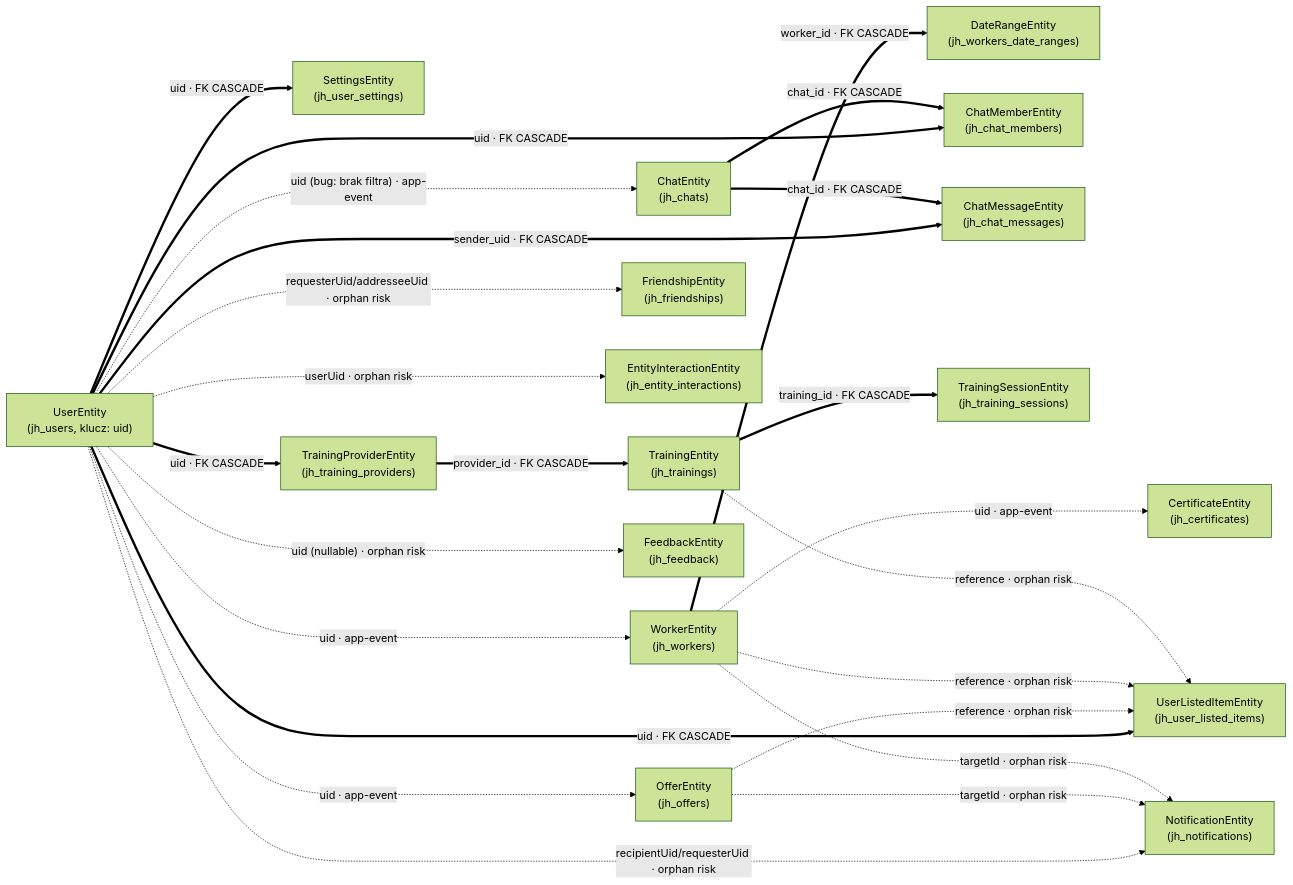
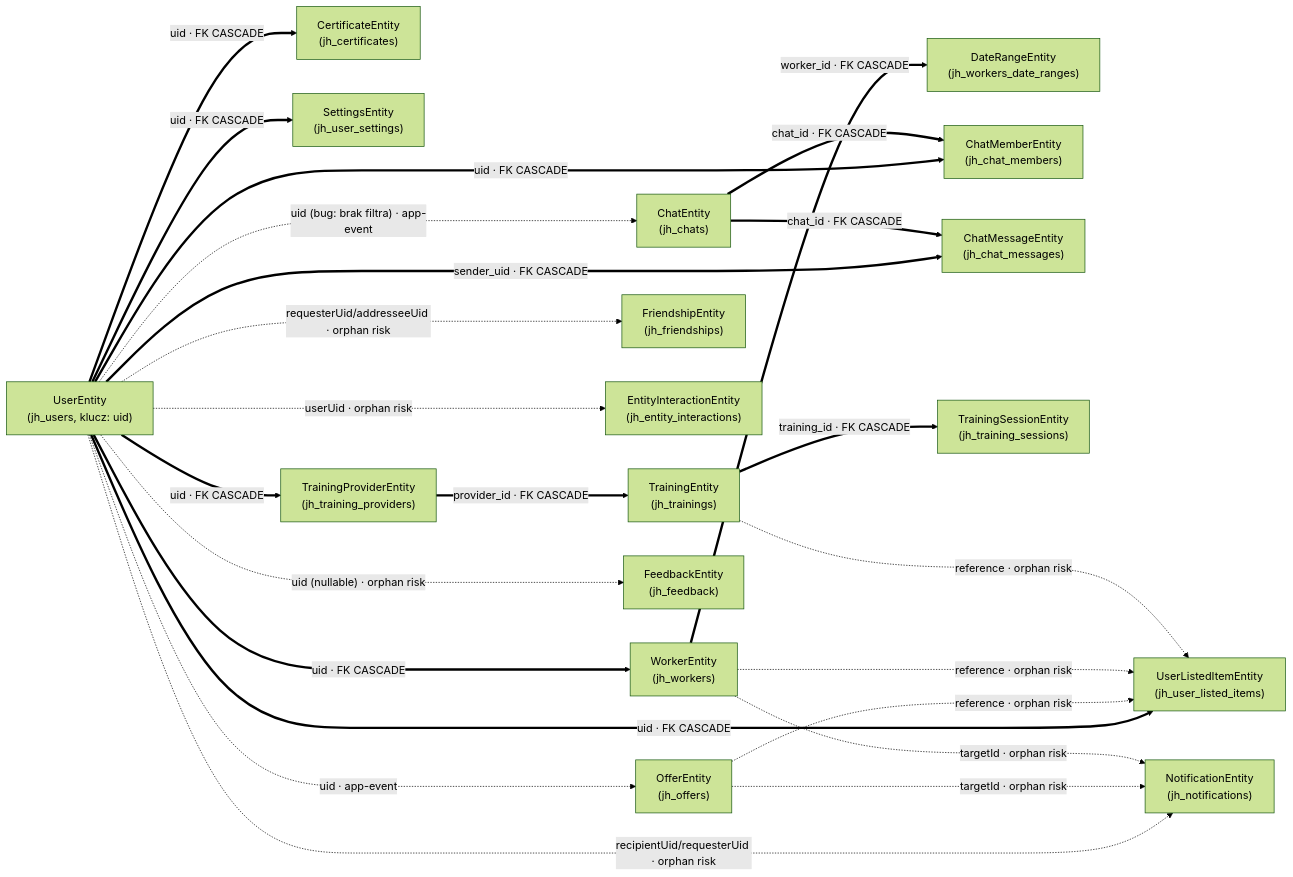
The diagram in docs/entity-relations.md (pawelmat142/frat), drawn with Mermaid (forest theme) before and after one commit. The commit also changed other lines of this file and 3 other files, not shown here.

Commit message:
cascades-fix - worker entity, user and certificates relations

````diff
--- a/docs/entity-relations.md
+++ b/docs/entity-relations.md
@@ -18,48 +18,48 @@
 ```mermaid
 graph LR
     User["UserEntity<br/>(jh_users, klucz: uid)"]
     Worker["WorkerEntity<br/>(jh_workers)"]
     DateRange["DateRangeEntity<br/>(jh_workers_date_ranges)"]
     Certificate["CertificateEntity<br/>(jh_certificates)"]
     Settings["SettingsEntity<br/>(jh_user_settings)"]
     Listed["UserListedItemEntity<br/>(jh_user_listed_items)"]
     Chat["ChatEntity<br/>(jh_chats)"]
     ChatMember["ChatMemberEntity<br/>(jh_chat_members)"]
     ChatMessage["ChatMessageEntity<br/>(jh_chat_messages)"]
     Offer["OfferEntity<br/>(jh_offers)"]
     Notification["NotificationEntity<br/>(jh_notifications)"]
     Friendship["FriendshipEntity<br/>(jh_friendships)"]
     Interaction["EntityInteractionEntity<br/>(jh_entity_interactions)"]
     Provider["TrainingProviderEntity<br/>(jh_training_providers)"]
     Training["TrainingEntity<br/>(jh_trainings)"]
     Session["TrainingSessionEntity<br/>(jh_training_sessions)"]
     Feedback["FeedbackEntity<br/>(jh_feedback)"]
 
     User =="uid · FK CASCADE"==> Settings
     User =="uid · FK CASCADE"==> Listed
     User =="uid · FK CASCADE"==> Provider
     User =="uid · FK CASCADE"==> ChatMember
     User =="sender_uid · FK CASCADE"==> ChatMessage
-    User -."uid · app-event"..-> Worker
+    User =="uid · FK CASCADE"==> Worker
+    User =="uid · FK CASCADE"==> Certificate
     User -."uid · app-event"..-> Offer
     User -."uid (bug: brak filtra) · app-event"..-> Chat
     User -."recipientUid/requesterUid · orphan risk"..-> Notification
     User -."requesterUid/addresseeUid · orphan risk"..-> Friendship
     User -."userUid · orphan risk"..-> Interaction
     User -."uid (nullable) · orphan risk"..-> Feedback
 
     Worker =="worker_id · FK CASCADE"==> DateRange
-    Worker -."uid · app-event"..-> Certificate
 
     Provider =="provider_id · FK CASCADE"==> Training
     Training =="training_id · FK CASCADE"==> Session
 
     Chat =="chat_id · FK CASCADE"==> ChatMember
     Chat =="chat_id · FK CASCADE"==> ChatMessage
 
     Offer -."reference · orphan risk"..-> Listed
     Worker -."reference · orphan risk"..-> Listed
     Training -."reference · orphan risk"..-> Listed
     Offer -."targetId · orphan risk"..-> Notification
     Worker -."targetId · orphan risk"..-> Notification
 ```
````
